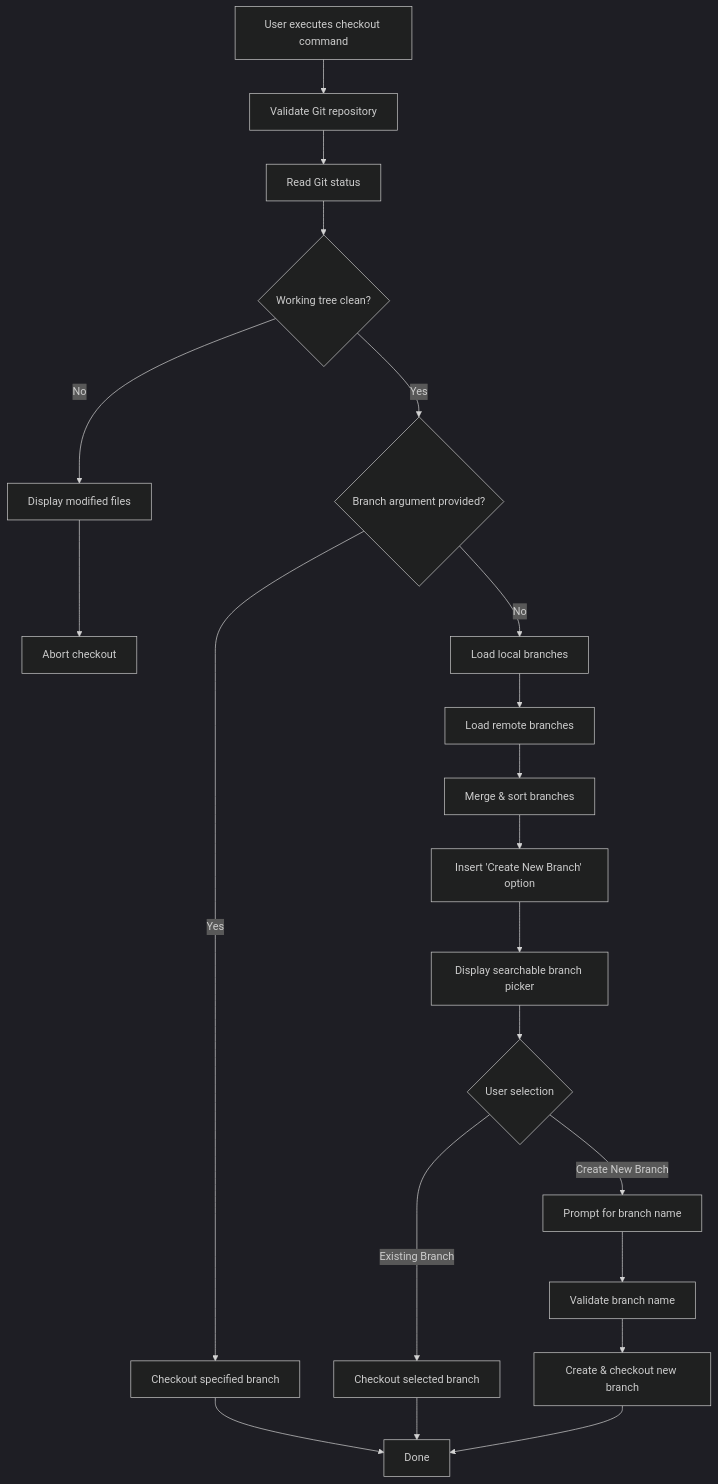
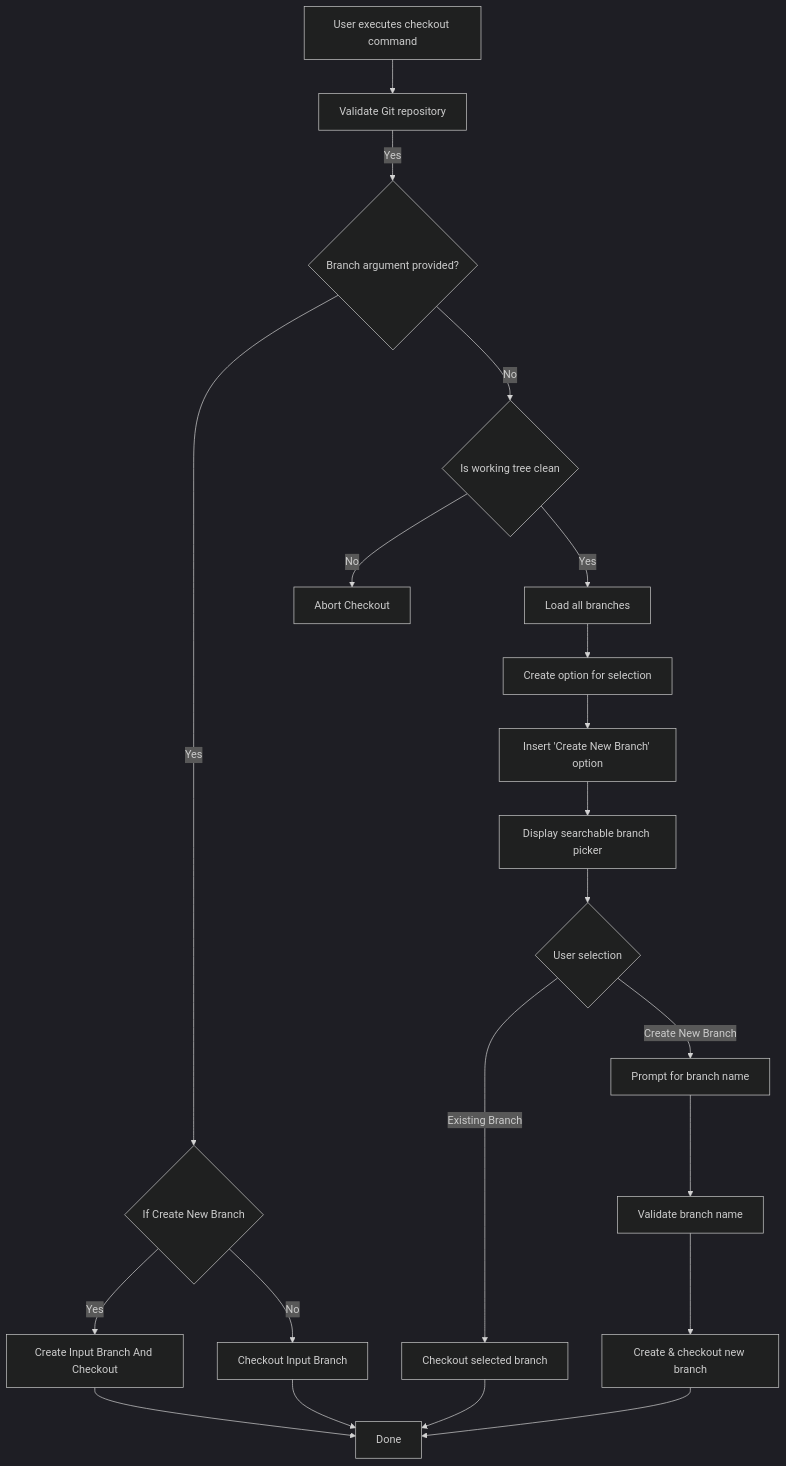
Before and after one commit to Kapil9711/dev-helper: the first of 4 diagrams in docs/engineering/implementation/checkout.md, drawn with Mermaid (dark theme).

Commit message:
auto commit

````diff
--- a/docs/engineering/implementation/checkout.md
+++ b/docs/engineering/implementation/checkout.md
@@ -37,43 +37,50 @@
 ```mermaid
 flowchart TD
 
 A[User executes checkout command] --> B[Validate Git repository]
 
-B --> C[Read Git status]
 
-C --> D{Working tree clean?}
+B -->|Yes| G{Branch argument provided?}
 
-D -->|No| E[Display modified files]
+G -->|Yes| H{If Create New Branch}
 
-E --> F[Abort checkout]
+H -->|Yes| Crc[Create Input Branch And Checkout]
 
-D -->|Yes| G{Branch argument provided?}
+H -->|No| Co[Checkout Input Branch]
 
-G -->|Yes| H[Checkout specified branch]
 
-G -->|No| I[Load local branches]
 
-I --> J[Load remote branches]
+G -->|No| C{Is working tree clean}
 
-J --> K[Merge & sort branches]
+C -->|Yes| I[Load all branches]
 
-K --> L[Insert 'Create New Branch' option]
+C-->|No| D[Abort Checkout]
+
+I --> J[Create option for selection]
+
+J --> L[Insert 'Create New Branch' option]
 
 L --> M[Display searchable branch picker]
 
 M --> N{User selection}
 
 N -->|Existing Branch| O[Checkout selected branch]
 
 N -->|Create New Branch| P[Prompt for branch name]
 
 P --> Q[Validate branch name]
 
 Q --> R[Create & checkout new branch]
 
-H --> S[Done]
+
+Crc --> S[Done]
+
+
+
+Co --> S
+
 
 O --> S
 
 R --> S
 ```
````
